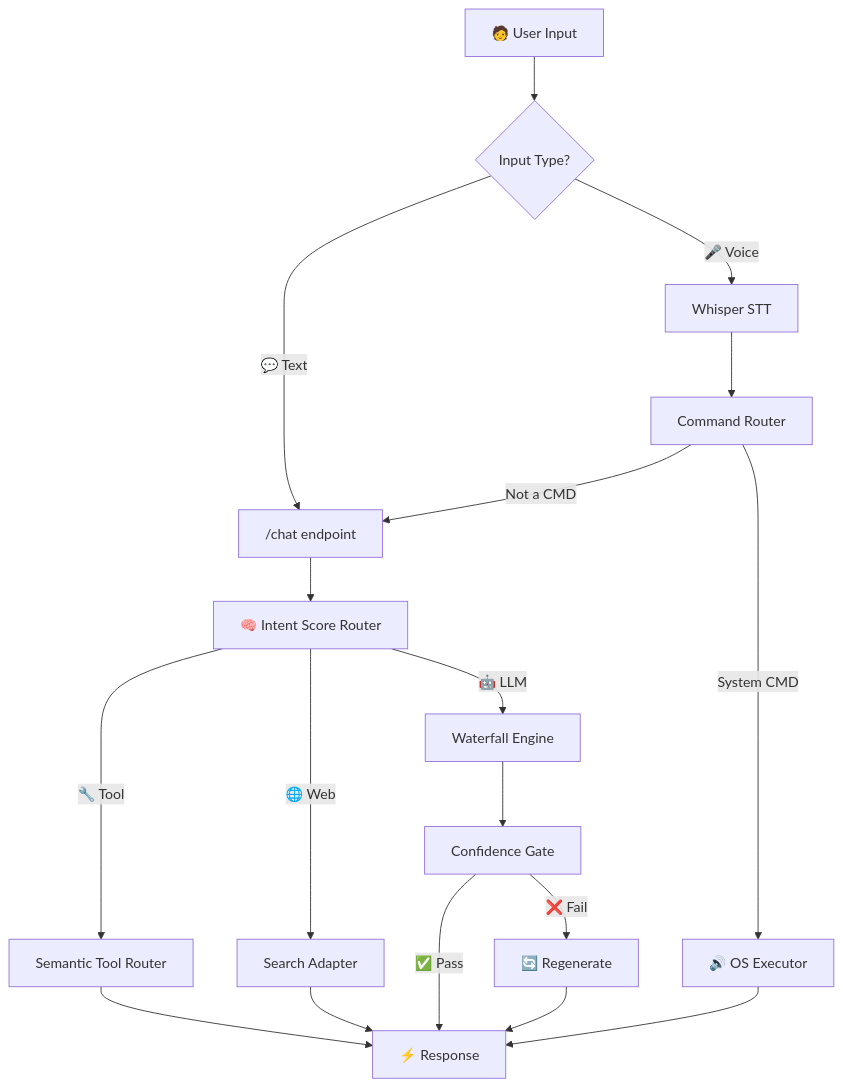
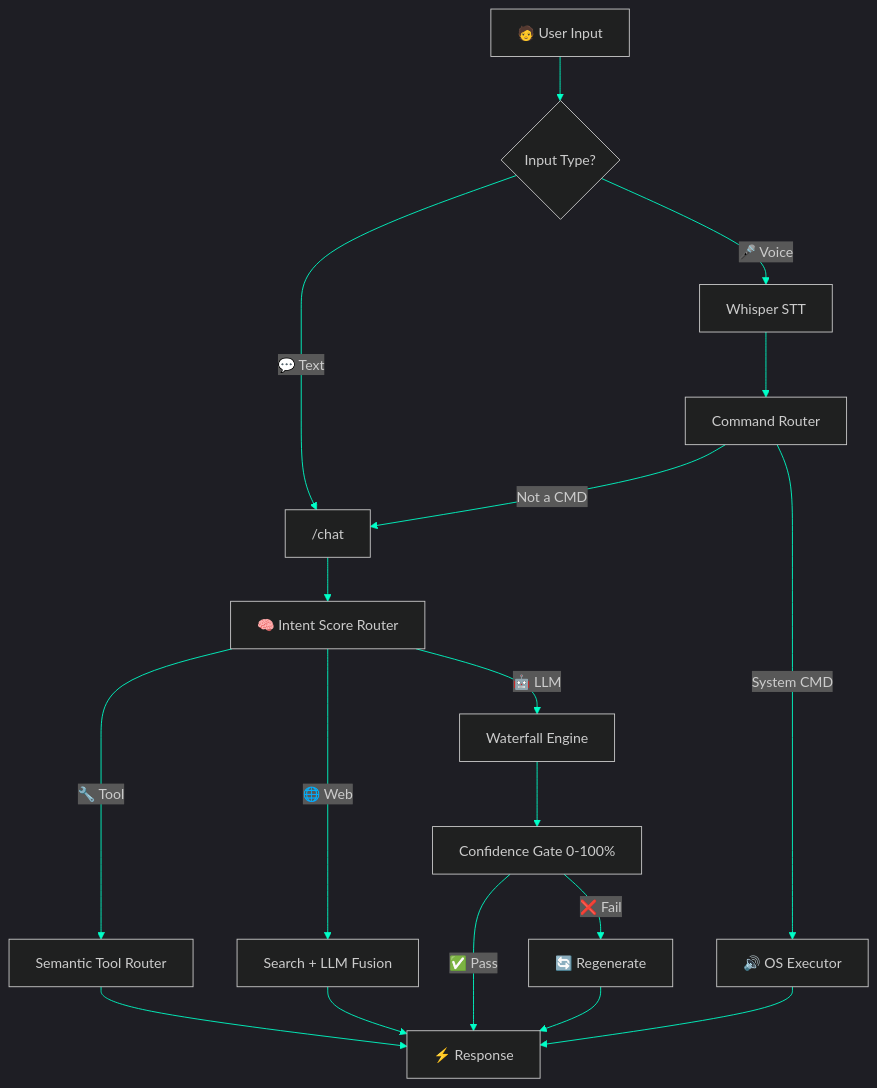
One commit to ansh2222949/ansh2222949 changed the diagram in README.md. Above: the diagram before and after it, drawn with Mermaid. The commit also changed other lines of this file, not shown here.

````diff
--- a/README.md
+++ b/README.md
@@ -268,20 +174,21 @@
 ```mermaid
+%%{init: {'theme': 'dark', 'themeVariables': { 'primaryColor': '#ff0040', 'primaryTextColor': '#c9d1d9', 'primaryBorderColor': '#00ffc8', 'lineColor': '#00ffc8', 'secondaryColor': '#161b22', 'tertiaryColor': '#0d1117'}}}%%
 flowchart TD
     A["🧑 User Input"] --> B{Input Type?}
-    B -->|"💬 Text"| C["/chat endpoint"]
+    B -->|"💬 Text"| C["/chat"]
     B -->|"🎤 Voice"| D["Whisper STT"]
     D --> E["Command Router"]
     E -->|"System CMD"| F["🔊 OS Executor"]
     E -->|"Not a CMD"| C
     C --> G["🧠 Intent Score Router"]
     G -->|"🔧 Tool"| H["Semantic Tool Router"]
-    G -->|"🌐 Web"| I["Search Adapter"]
+    G -->|"🌐 Web"| I["Search + LLM Fusion"]
     G -->|"🤖 LLM"| J["Waterfall Engine"]
     H --> K["⚡ Response"]
     I --> K
-    J --> L["Confidence Gate"]
+    J --> L["Confidence Gate 0-100%"]
     L -->|"✅ Pass"| K
     L -->|"❌ Fail"| M["🔄 Regenerate"]
     M --> K
     F --> K
 ```
````
